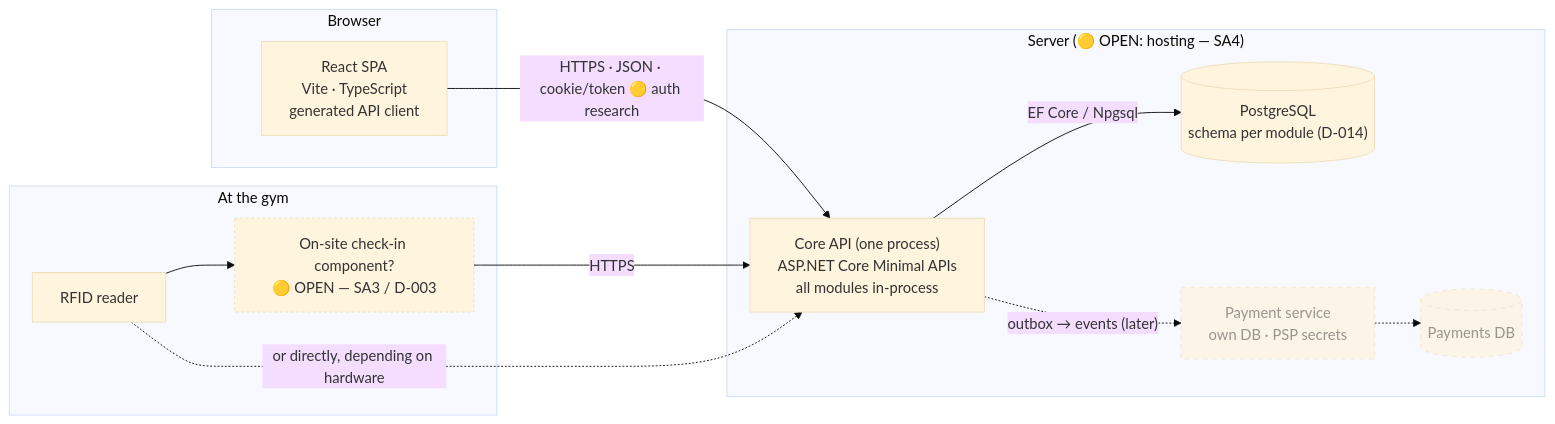
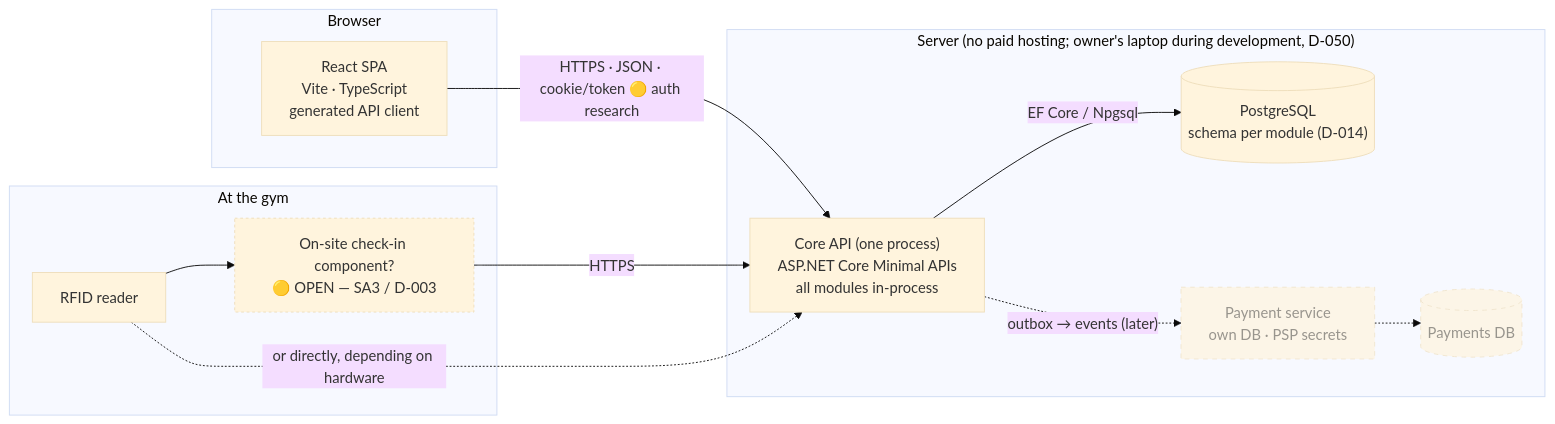
The third of 18 diagrams in docs/architecture.md (Gafion/FitnessCenterSystem), drawn with Mermaid (base theme) before and after one commit. The commit also changed 3 other files, not shown here.

First line of the commit message:
FIT-36: verify schema per module and the cross-module transaction (DB8)

````diff
--- a/docs/architecture.md
+++ b/docs/architecture.md
@@ -120,29 +120,29 @@
 ```mermaid
 flowchart LR
   subgraph Browser
     SPA["React SPA<br/>Vite · TypeScript<br/>generated API client"]
   end
 
-  subgraph Server["Server (🟡 OPEN: hosting — SA4)"]
+  subgraph Server["Server (no paid hosting; owner's laptop during development, D-050)"]
     CORE["Core API (one process)<br/>ASP.NET Core Minimal APIs<br/>all modules in-process"]
     DB[("PostgreSQL<br/>schema per module (D-014)")]
     PAY["Payment service<br/>own DB · PSP secrets"]:::later
     PDB[("Payments DB")]:::later
   end
 
   subgraph Gym["At the gym"]
     READER["RFID reader"]
     EDGE["On-site check-in component?<br/>🟡 OPEN — SA3 / D-003"]:::open
   end
 
   SPA -->|HTTPS · JSON · cookie/token 🟡 auth research| CORE
   CORE -->|EF Core / Npgsql| DB
   READER --> EDGE
   EDGE -->|HTTPS| CORE
   READER -. "or directly, depending on hardware" .-> CORE
   CORE -. "outbox → events (later)" .-> PAY
   PAY -.-> PDB
 
   classDef later stroke-dasharray: 5 5,opacity:0.7
   classDef open stroke-dasharray: 3 3
 ```
````
